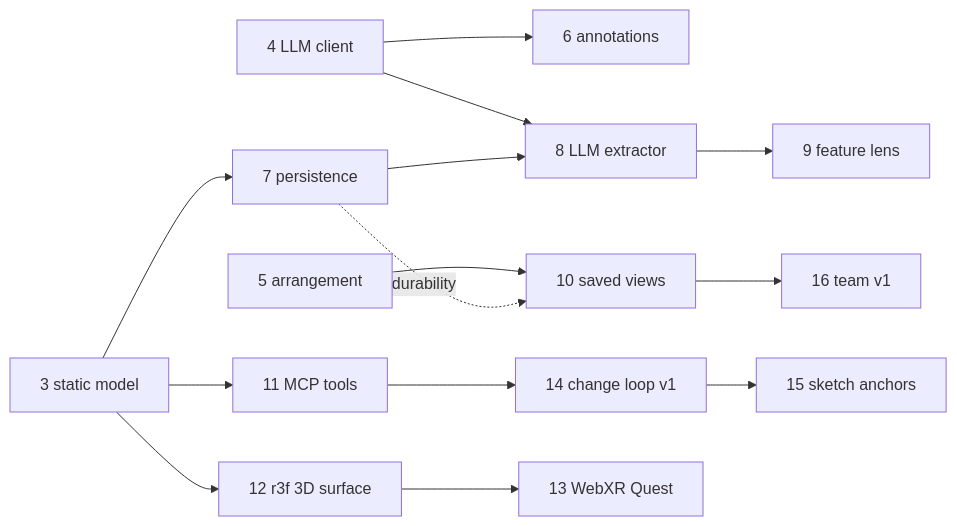
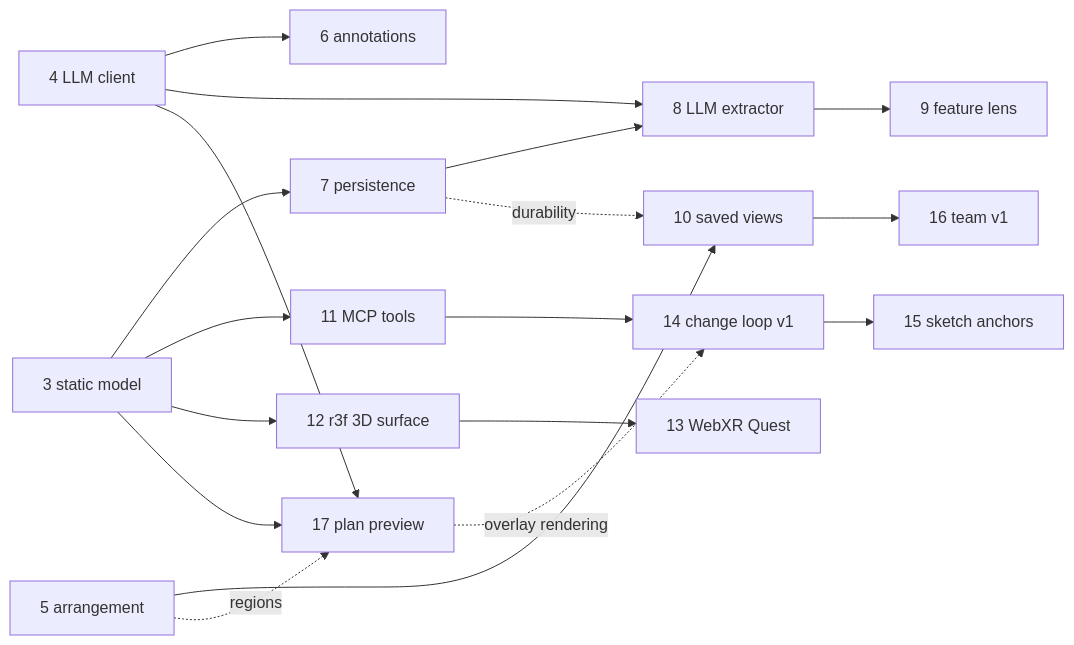
Before and after one commit to dmitry-yudakov/code-vis: the diagram in stories/EPIC-20260705-north-star-roadmap.md, drawn with Mermaid. The commit also changed other lines of this file and 1 other file, not shown here.

Commit message:
doc: cover better the spec->diagram part

````diff
--- a/stories/EPIC-20260705-north-star-roadmap.md
+++ b/stories/EPIC-20260705-north-star-roadmap.md
@@ -57,16 +58,20 @@
 ```mermaid
 graph LR
   S3[3 static model] --> S7[7 persistence]
   S3 --> S11[11 MCP tools]
   S3 --> S12[12 r3f 3D surface]
+  S3 --> S17[17 plan preview]
   S4[4 LLM client] --> S6[6 annotations]
   S4 --> S8[8 LLM extractor]
+  S4 --> S17
   S5[5 arrangement] --> S10[10 saved views]
+  S5 -.regions.-> S17
   S7 --> S8
   S7 -.durability.-> S10
   S8 --> S9[9 feature lens]
   S11 --> S14[14 change loop v1]
+  S17 -.overlay rendering.-> S14
   S12 --> S13[13 WebXR Quest]
   S14 --> S15[15 sketch anchors]
   S10 --> S16[16 team v1]
 ```
````
